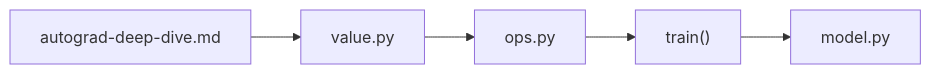
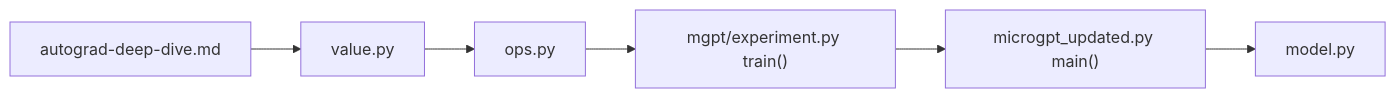
Before and after one commit to neomatrix369/microgpt-experiments: the eighth of 9 diagrams in docs/autograd-deep-dive.md, drawn with Mermaid. The commit also changed other lines of this file and 9 other files, not shown here.

````diff
--- a/docs/autograd-deep-dive.md
+++ b/docs/autograd-deep-dive.md
@@ -319,9 +320,10 @@
 ```mermaid
 flowchart LR
   Doc["autograd-deep-dive.md"]
   V["value.py"]
   O["ops.py"]
-  T["train()"]
+  T["mgpt/experiment.py train()"]
+  Entry["microgpt_updated.py main()"]
   M["model.py"]
-  Doc --> V --> O --> T --> M
+  Doc --> V --> O --> T --> Entry --> M
 ```
````
